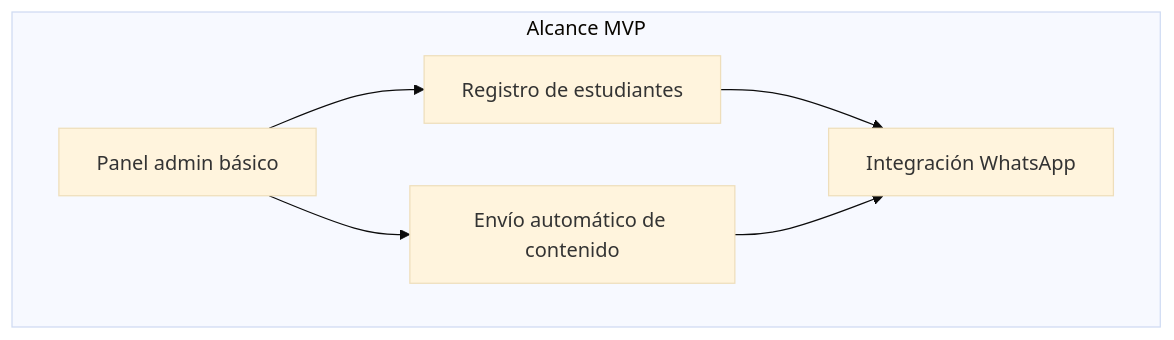
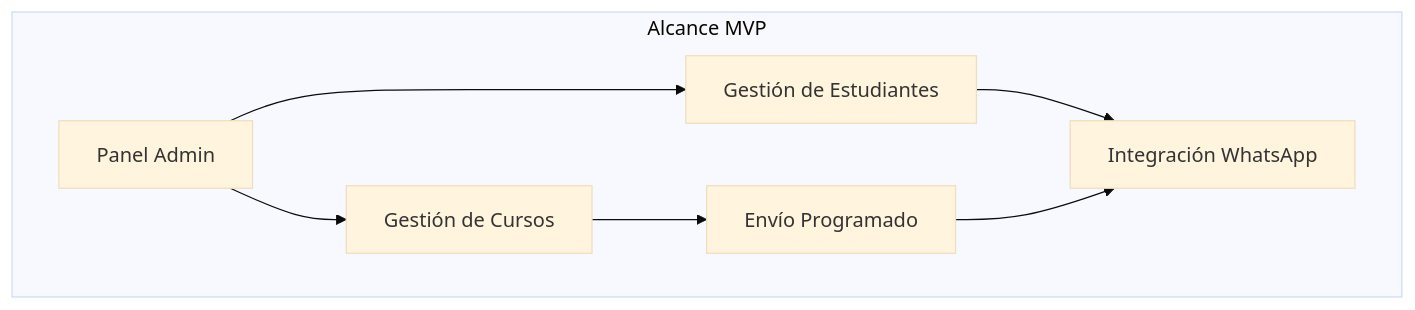
One commit to erikaluciafuertes/Project-Proposals changed the fourth of 8 diagrams in roadmap.md. Above: the diagram before and after it, drawn with Mermaid (base theme). The commit also changed other lines of this file, not shown here.

Commit message:
refinamiento del roadmap con mayor detalle por fase y criterios de éxito

````diff
--- a/roadmap.md
+++ b/roadmap.md
@@ -129,14 +148,16 @@
 ```mermaid
 flowchart TB
     subgraph MVP["Alcance MVP"]
-        M1[Registro de estudiantes]
-        M2[Envío automático de contenido]
-        M3[Panel admin básico]
-        M4[Integración WhatsApp]
+        M1[Panel Admin]
+        M2[Gestión de Cursos]
+        M3[Gestión de Estudiantes]
+        M4[Envío Programado]
+        M5[Integración WhatsApp]
     end
     
-    M1 --> M4
+    M1 --> M2
+    M1 --> M3
     M2 --> M4
-    M3 --> M1
-    M3 --> M2
+    M3 --> M5
+    M4 --> M5
 ```
````
